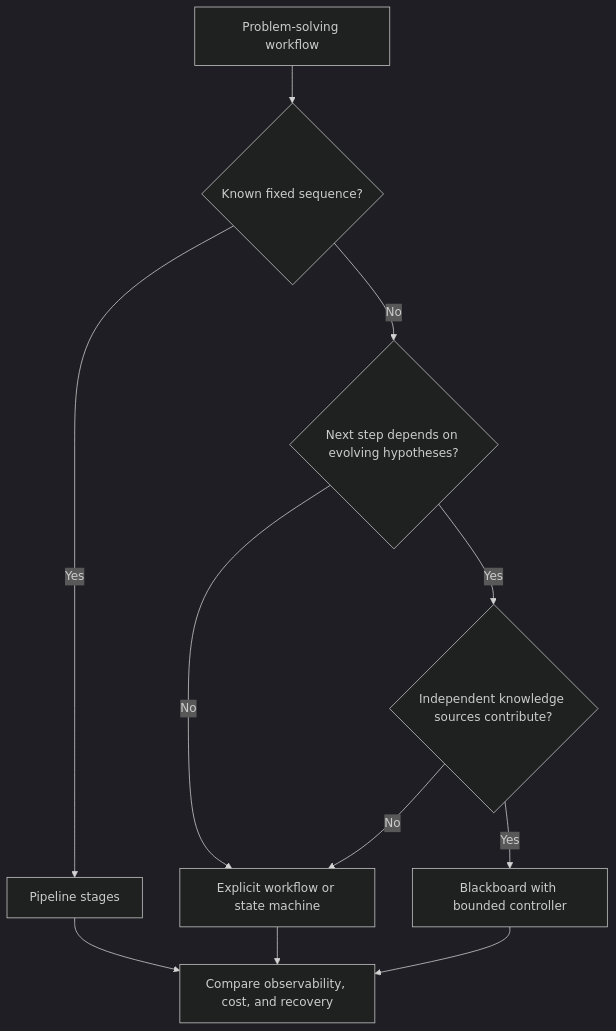
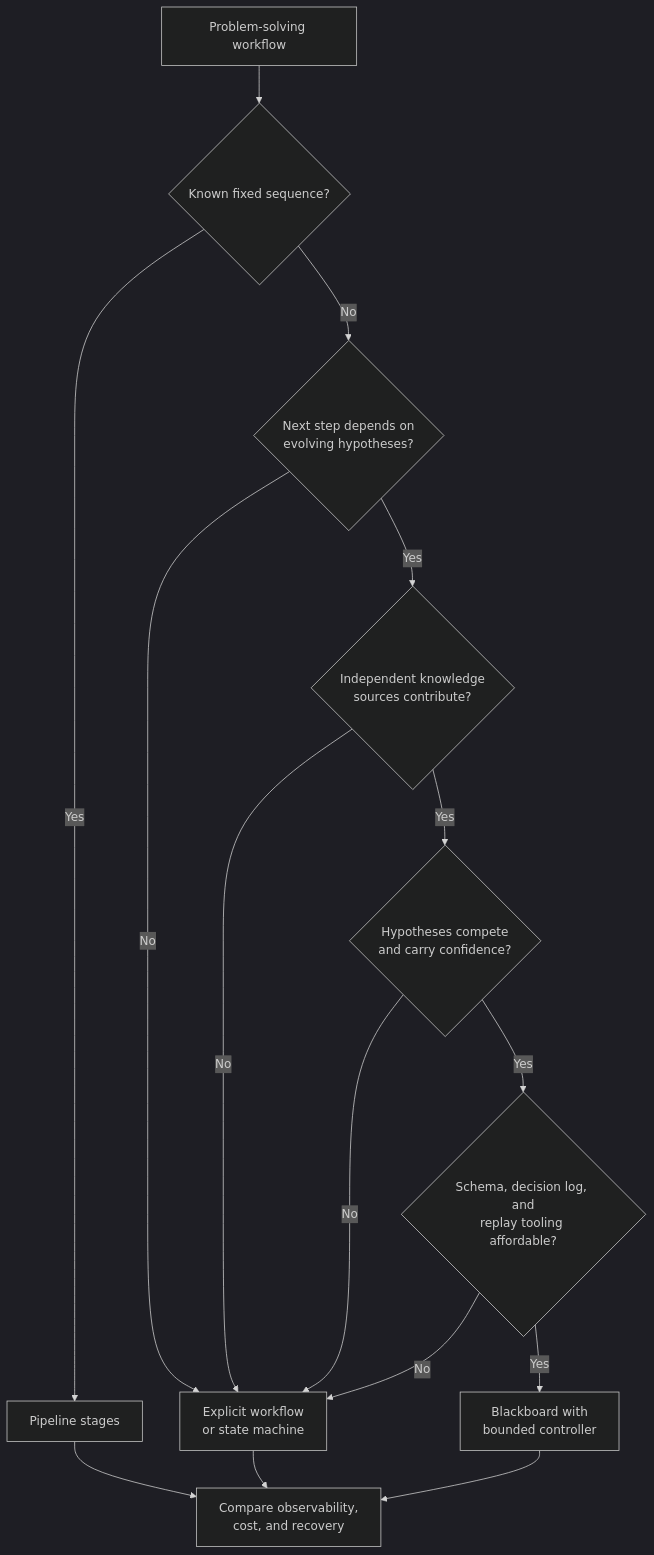
The seventh of 11 diagrams in 20_Architecture_Patterns/CH17_Blackboard_Pattern.md (joydasss/Architect), drawn with Mermaid (dark theme) before and after one commit. The commit also changed other lines of this file and 295 other files, not shown here.

````diff
--- a/20_Architecture_Patterns/CH17_Blackboard_Pattern.md
+++ b/20_Architecture_Patterns/CH17_Blackboard_Pattern.md
@@ -90,13 +548,17 @@
 ```mermaid
 flowchart TD
-    Problem[Problem-solving workflow] --> Sequence{Known fixed sequence?}
-    Sequence -->|Yes| Pipeline[Pipeline stages]
-    Sequence -->|No| Dynamic{Next step depends on evolving hypotheses?}
-    Dynamic -->|No| Workflow[Explicit workflow or state machine]
-    Dynamic -->|Yes| Independent{Independent knowledge sources contribute?}
-    Independent -->|No| Workflow
-    Independent -->|Yes| Blackboard[Blackboard with bounded controller]
-    Pipeline --> Compare[Compare observability, cost, and recovery]
+    Problem["Problem-solving workflow"] --> Sequence{"Known fixed sequence?"}
+    Sequence -->|"Yes"| Pipeline["Pipeline stages"]
+    Sequence -->|"No"| Dynamic{"Next step depends on<br/>evolving hypotheses?"}
+    Dynamic -->|"No"| Workflow["Explicit workflow<br/>or state machine"]
+    Dynamic -->|"Yes"| Independent{"Independent knowledge<br/>sources contribute?"}
+    Independent -->|"No"| Workflow
+    Independent -->|"Yes"| Uncertain{"Hypotheses compete<br/>and carry confidence?"}
+    Uncertain -->|"No"| Workflow
+    Uncertain -->|"Yes"| Ops{"Schema, decision log, and<br/>replay tooling affordable?"}
+    Ops -->|"No"| Workflow
+    Ops -->|"Yes"| Blackboard["Blackboard with<br/>bounded controller"]
+    Pipeline --> Compare["Compare observability,<br/>cost, and recovery"]
     Workflow --> Compare
     Blackboard --> Compare
 ```
````
